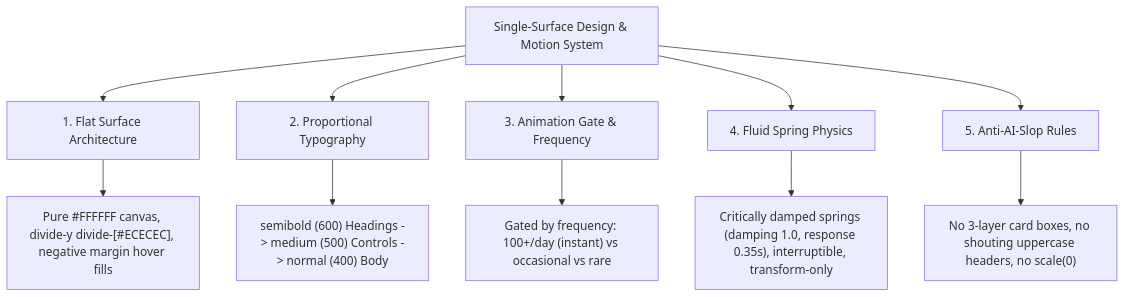
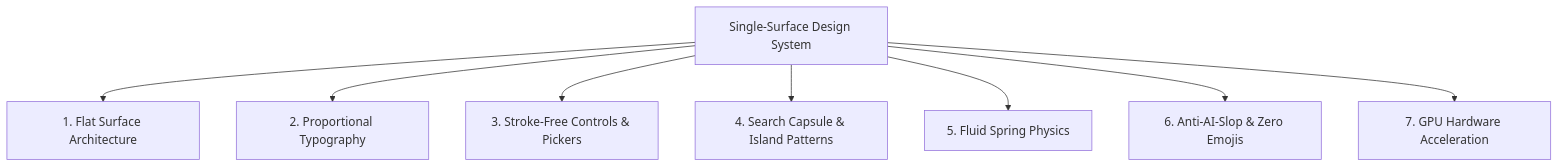
One commit to xlavreniuk/ramsian changed the diagram in SKILL.md. Above: the diagram before and after it, drawn with Mermaid. The commit also changed other lines of this file, not shown here.

Commit message:
feat: universal single-surface design master rule enforcement across all projects

````diff
--- a/SKILL.md
+++ b/SKILL.md
@@ -18,14 +16,10 @@
 ```mermaid
 graph TD
-    A["Single-Surface Design & Motion System"] --> B["1. Flat Surface Architecture"]
+    A["Single-Surface Design System"] --> B["1. Flat Surface Architecture"]
     A --> C["2. Proportional Typography"]
-    A --> D["3. Animation Gate & Frequency"]
-    A --> E["4. Fluid Spring Physics"]
-    A --> F["5. Anti-AI-Slop Rules"]
-
-    B --> B1["Pure #FFFFFF canvas, divide-y divide-[#ECECEC], negative margin hover fills"]
-    C --> C1["semibold (600) Headings -> medium (500) Controls -> normal (400) Body"]
-    D --> D1["Gated by frequency: 100+/day (instant) vs occasional vs rare"]
-    E --> E1["Critically damped springs (damping 1.0, response 0.35s), interruptible, transform-only"]
-    F --> F1["No 3-layer card boxes, no shouting uppercase headers, no scale(0)"]
+    A --> D["3. Stroke-Free Controls & Pickers"]
+    A --> E["4. Search Capsule & Island Patterns"]
+    A --> F["5. Fluid Spring Physics"]
+    A --> G["6. Anti-AI-Slop & Zero Emojis"]
+    A --> H["7. GPU Hardware Acceleration"]
 ```
````
